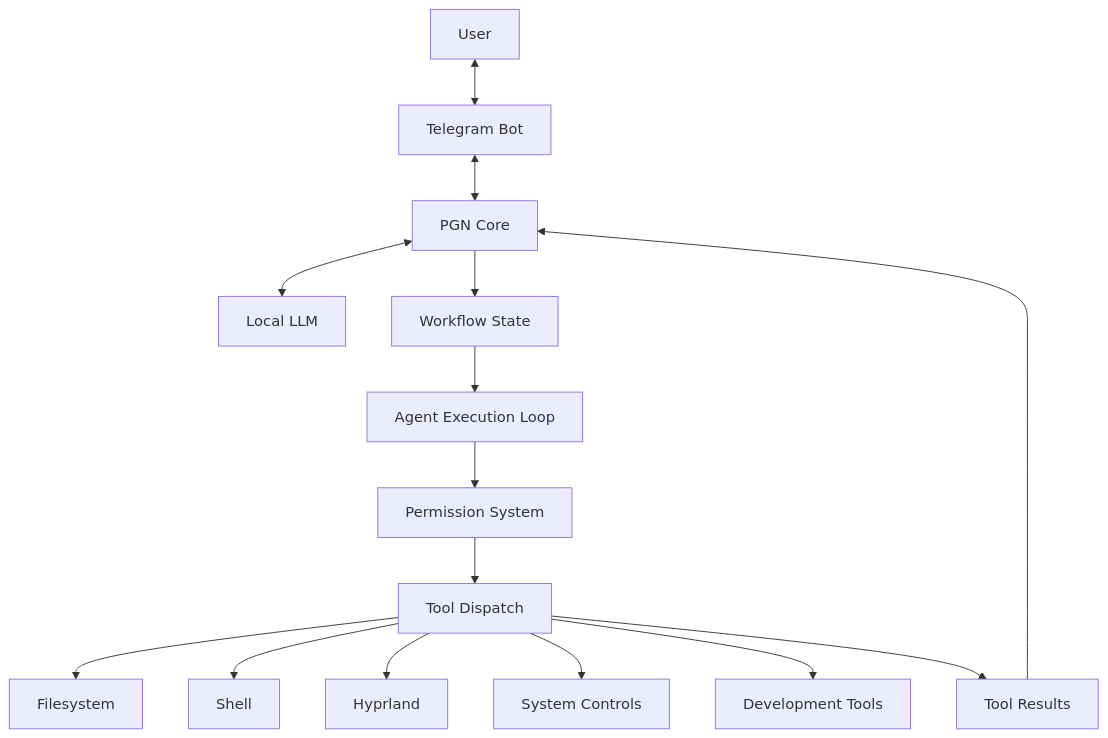
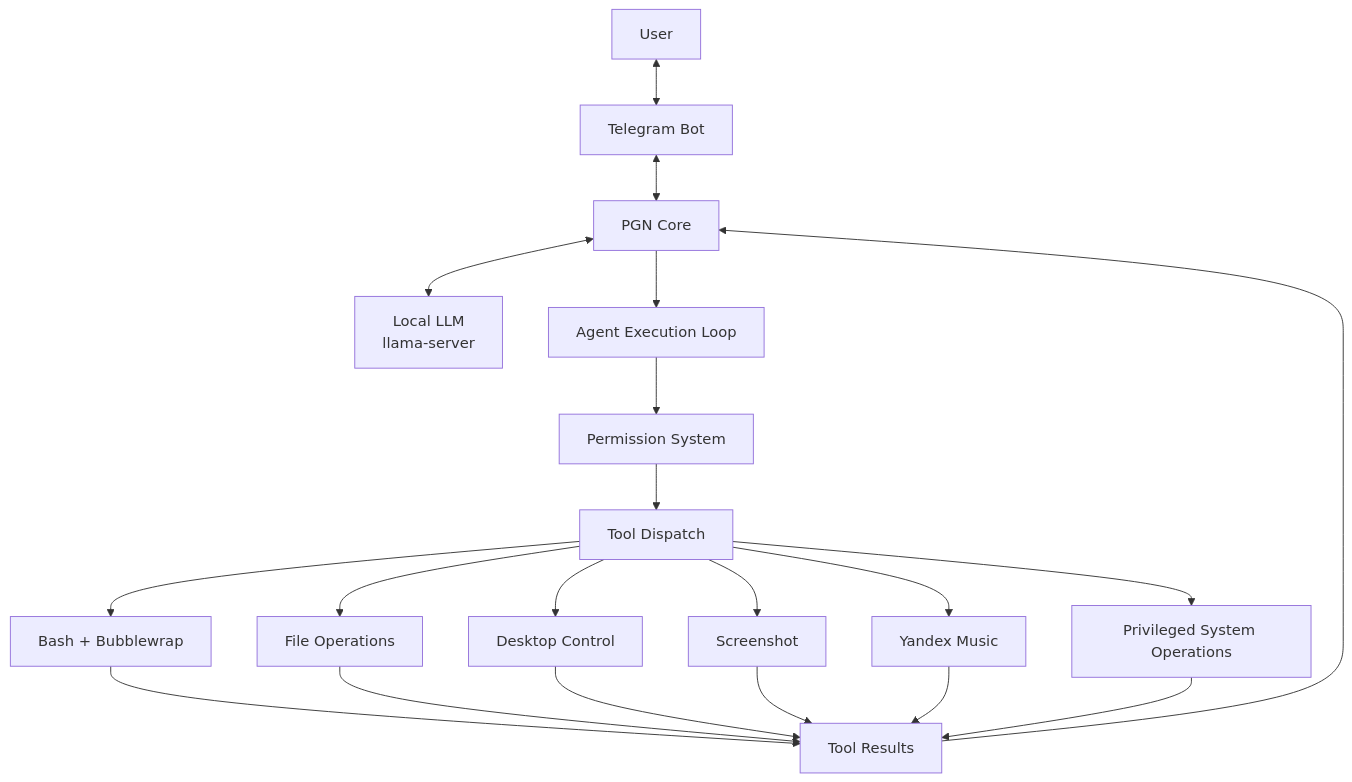
Before and after one commit to kuplugarazh/PGN: the diagram in README.md, drawn with Mermaid. The commit also changed other lines of this file, not shown here.

Commit message:
docs: update README for PGN v0.2.0 architecture

````diff
--- a/README.md
+++ b/README.md
@@ -58,21 +70,27 @@
 ```mermaid
 flowchart TD
-    U[User] <--> TG[Telegram Bot]
-    TG <--> CORE[PGN Core]
+    USER[User] <--> BOT[Telegram Bot]
+    BOT <--> CORE[PGN Core]
 
-    CORE <--> LLM[Local LLM]
-    CORE --> WF[Workflow State]
-    WF --> LOOP[Agent Execution Loop]
+    CORE <--> LLM[Local LLM<br/>llama-server]
+    CORE --> LOOP[Agent Execution Loop]
 
     LOOP --> PERM[Permission System]
-    PERM --> TOOLS[Tool Dispatch]
+    PERM --> DISPATCH[Tool Dispatch]
 
-    TOOLS --> FS[Filesystem]
-    TOOLS --> SH[Shell]
-    TOOLS --> HYPR[Hyprland]
-    TOOLS --> SYS[System Controls]
-    TOOLS --> DEV[Development Tools]
+    DISPATCH --> BASH[Bash + Bubblewrap]
+    DISPATCH --> FILES[File Operations]
+    DISPATCH --> DESKTOP[Desktop Control]
+    DISPATCH --> SCREEN[Screenshot]
+    DISPATCH --> MUSIC[Yandex Music]
+    DISPATCH --> SYSTEM[Privileged System Operations]
 
-    TOOLS --> RESULT[Tool Results]
+    BASH --> RESULT[Tool Results]
+    FILES --> RESULT
+    DESKTOP --> RESULT
+    SCREEN --> RESULT
+    MUSIC --> RESULT
+    SYSTEM --> RESULT
+
     RESULT --> CORE
 ```
````
